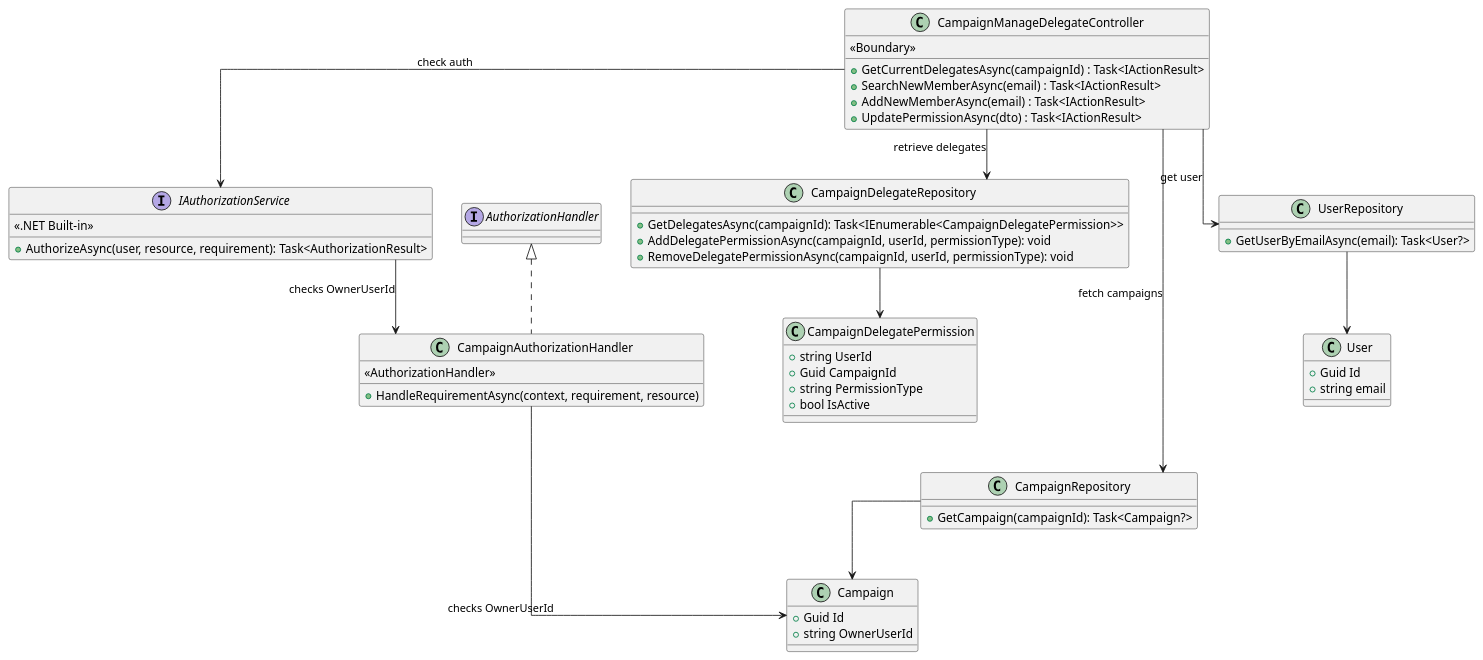
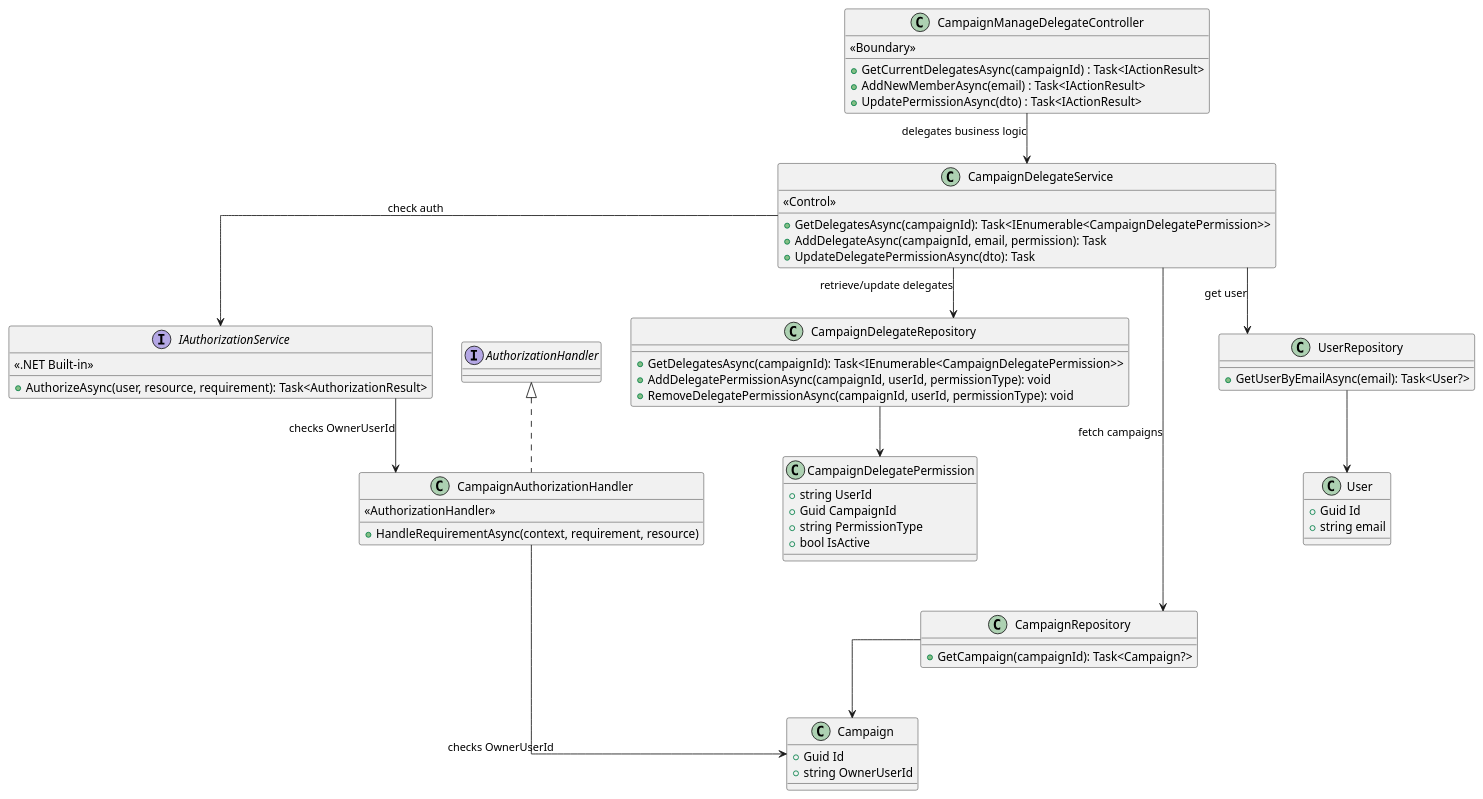
The diagram in docs/CampaignAccessDelegation/bce-class-diagram.plantuml (acidMyke/FundRaisingAssignment), drawn with PlantUML before and after one commit. The commit also changed 1 other file, not shown here.

Commit message:
docs: update diagram with a service layer

```diff
--- a/docs/CampaignAccessDelegation/bce-class-diagram.plantuml
+++ b/docs/CampaignAccessDelegation/bce-class-diagram.plantuml
@@ -1,60 +1,72 @@
 @startuml Campaign Access Delegation
 skinparam linetype ortho
 skinparam packageStyle rectangle
 
 class CampaignManageDelegateController {
   <<Boundary>>
   + GetCurrentDelegatesAsync(campaignId) : Task<IActionResult>
-  + SearchNewMemberAsync(email) : Task<IActionResult>
   + AddNewMemberAsync(email) : Task<IActionResult>
   + UpdatePermissionAsync(dto) : Task<IActionResult>
+}
+
+class CampaignDelegateService {
+  <<Control>>
+  + GetDelegatesAsync(campaignId): Task<IEnumerable<CampaignDelegatePermission>>
+  + AddDelegateAsync(campaignId, email, permission): Task
+  + UpdateDelegatePermissionAsync(dto): Task
 }
 
 interface IAuthorizationService {
   <<.NET Built-in>>
   + AuthorizeAsync(user, resource, requirement): Task<AuthorizationResult>
 }
+
 class CampaignAuthorizationHandler implements AuthorizationHandler {
   <<AuthorizationHandler>>
   + HandleRequirementAsync(context, requirement, resource)
 }
+
 class CampaignDelegateRepository {
   + GetDelegatesAsync(campaignId): Task<IEnumerable<CampaignDelegatePermission>>
   + AddDelegatePermissionAsync(campaignId, userId, permissionType): void
   + RemoveDelegatePermissionAsync(campaignId, userId, permissionType): void
 }
+
 class CampaignRepository {
   + GetCampaign(campaignId): Task<Campaign?>
 }
+
 class UserRepository {
   + GetUserByEmailAsync(email): Task<User?>
 }
 
-CampaignManageDelegateController --> CampaignRepository: fetch campaigns
-CampaignManageDelegateController --> IAuthorizationService: check auth
+' Relationships
+CampaignManageDelegateController --> CampaignDelegateService: delegates business logic
+CampaignDelegateService --> CampaignRepository: fetch campaigns
+CampaignDelegateService --> IAuthorizationService: check auth
+CampaignDelegateService --> UserRepository: get user
+CampaignDelegateService --> CampaignDelegateRepository: retrieve/update delegates
+
 IAuthorizationService --> CampaignAuthorizationHandler: checks OwnerUserId
 CampaignAuthorizationHandler ---> CampaignEntity: checks OwnerUserId
-CampaignManageDelegateController --> UserRepository: get user
-CampaignManageDelegateController --> CampaignDelegateRepository: retrieve delegates
 
 UserRepository --> UserEntity
 CampaignRepository --> CampaignEntity
 CampaignDelegateRepository --> PermissionEntity
-
 
 class "User" as UserEntity {
   + Guid Id
   + string email
 }
 class "Campaign" as CampaignEntity {
   + Guid Id
   + string OwnerUserId
 }
 class "CampaignDelegatePermission" as PermissionEntity {
   + string UserId
   + Guid CampaignId
   + string PermissionType
   + bool IsActive
 }
 
 @enduml
```
